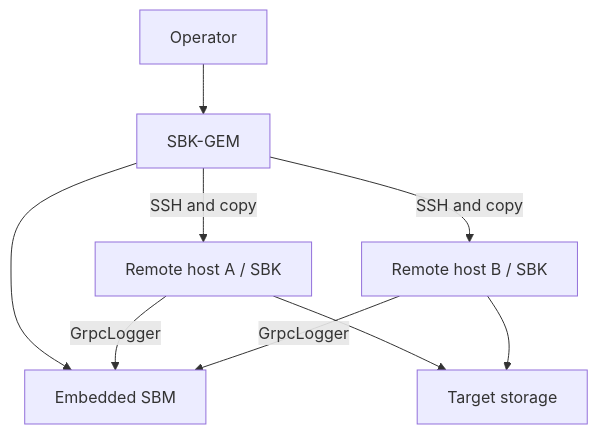
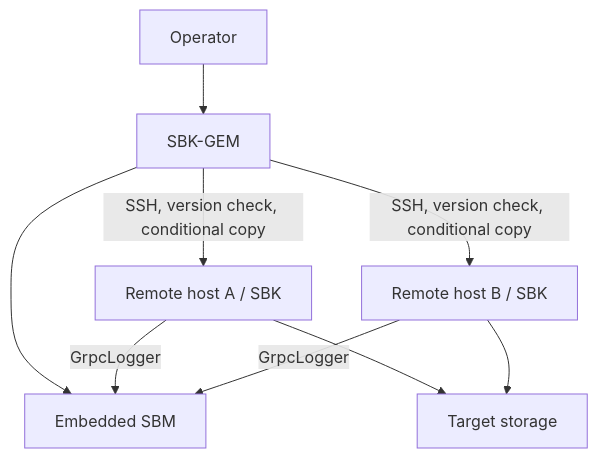
Before and after one commit to kmgowda/SBK: the diagram in sbk-gem/README.md, drawn with Mermaid. The commit also changed other lines of this file and 11 other files, not shown here.

Commit message:
Reconcile SBK versions on GEM nodes

````diff
--- a/sbk-gem/README.md
+++ b/sbk-gem/README.md
@@ -23,11 +23,11 @@
 ```mermaid
 flowchart TB
     OP[Operator] --> GEM[SBK-GEM]
     GEM --> SBM[Embedded SBM]
-    GEM -->|SSH and copy| A[Remote host A / SBK]
-    GEM -->|SSH and copy| B[Remote host B / SBK]
+    GEM -->|SSH, version check, conditional copy| A[Remote host A / SBK]
+    GEM -->|SSH, version check, conditional copy| B[Remote host B / SBK]
     A --> STORAGE[Target storage]
     B --> STORAGE
     A -->|GrpcLogger| SBM
     B -->|GrpcLogger| SBM
 ```
````
